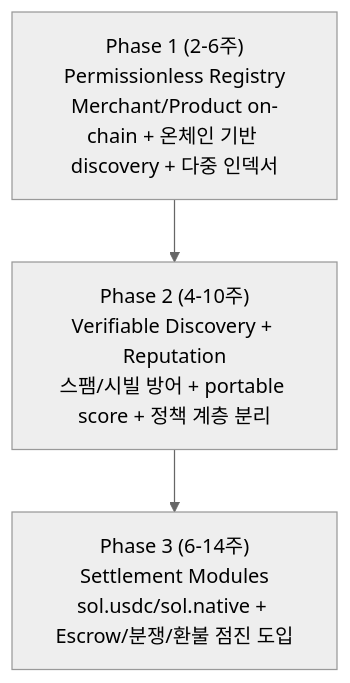
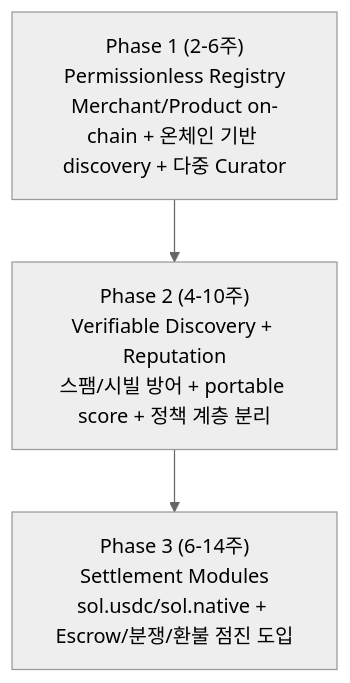
Before and after one commit to hayden-02055/interlude: the eighth of 8 diagrams in docs/design-vision.md, drawn with Mermaid (neutral theme). The commit also changed other lines of this file and 9 other files, not shown here.

````diff
--- a/docs/design-vision.md
+++ b/docs/design-vision.md
@@ -227,7 +270,7 @@
 ```mermaid
 flowchart TB
-  P1["Phase 1 (2-6주)<br/>Permissionless Registry<br/>Merchant/Product on-chain + 온체인 기반 discovery + 다중 인덱서"]
+  P1["Phase 1 (2-6주)<br/>Permissionless Registry<br/>Merchant/Product on-chain + 온체인 기반 discovery + 다중 Curator"]
   P2["Phase 2 (4-10주)<br/>Verifiable Discovery + Reputation<br/>스팸/시빌 방어 + portable score + 정책 계층 분리"]
   P3["Phase 3 (6-14주)<br/>Settlement Modules<br/>sol.usdc/sol.native + Escrow/분쟁/환불 점진 도입"]
   P1 --> P2 --> P3
 ```
````
